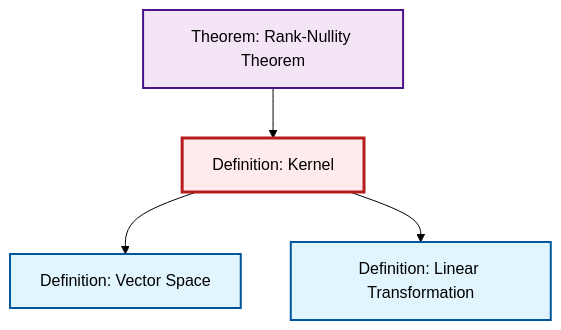
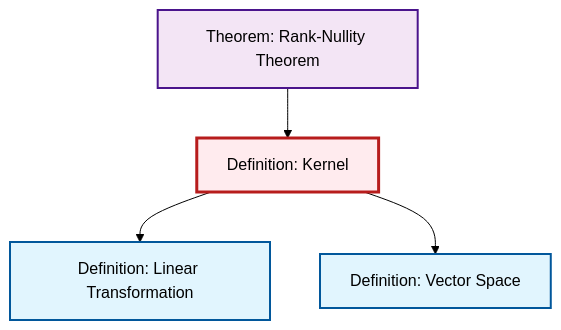
One commit to RK0429/ModernMath changed the diagram in content/en/algebra/def-kernel.qmd. Above: the diagram before and after it, drawn with Mermaid (forest theme). The commit also changed other lines of this file and 511 other files, not shown here.

````diff
--- a/content/en/algebra/def-kernel.qmd
+++ b/content/en/algebra/def-kernel.qmd
@@ -46,21 +62,17 @@
 ```{mermaid}
 %%| fig-cap: "Local dependency graph"
 graph TD
     classDef definition fill:#e1f5fe,stroke:#01579b,stroke-width:2px
     classDef theorem fill:#f3e5f5,stroke:#4a148c,stroke-width:2px
     classDef axiom fill:#fff3e0,stroke:#e65100,stroke-width:2px
     classDef example fill:#e8f5e9,stroke:#1b5e20,stroke-width:2px
     classDef current fill:#ffebee,stroke:#b71c1c,stroke-width:3px
+    def-kernel["Definition: Kernel"]:::definition
     def-linear-transformation["Definition: Linear Transformation"]:::definition
+    thm-rank-nullity["Theorem: Rank-Nullity Theorem"]:::theorem
     def-vector-space["Definition: Vector Space"]:::definition
-    thm-rank-nullity["Theorem: Rank-Nullity Theorem"]:::theorem
-    def-kernel["Definition: Kernel"]:::definition
+    def-kernel --> def-linear-transformation
     def-kernel --> def-vector-space
     thm-rank-nullity --> def-kernel
-    def-kernel --> def-linear-transformation
     class def-kernel current
-
-    click def-linear-transformation "def-linear-transformation.html" "Go to Linear Transformation definition"
-    click def-vector-space "def-vector-space.html" "Go to Vector Space definition"
-    click thm-rank-nullity "thm-rank-nullity.html" "Go to Rank-Nullity Theorem theorem"
 ```
````
